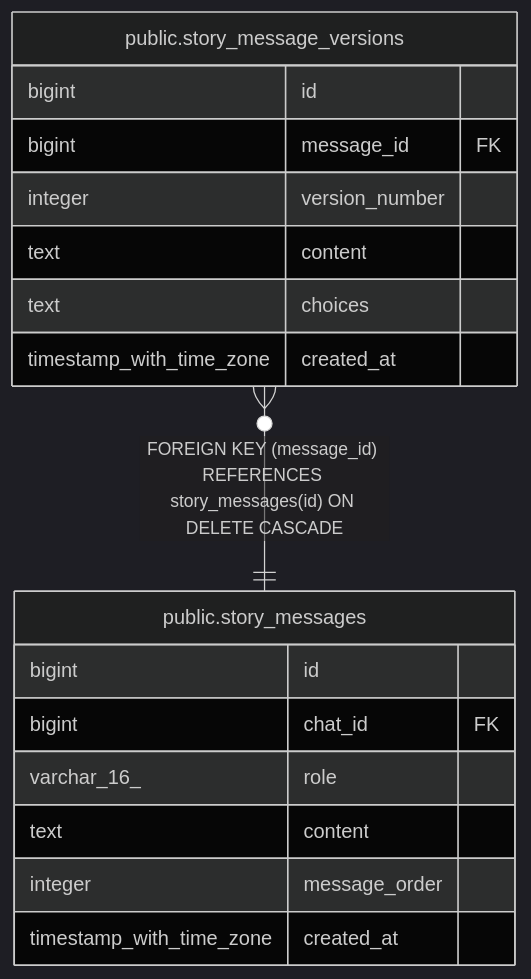
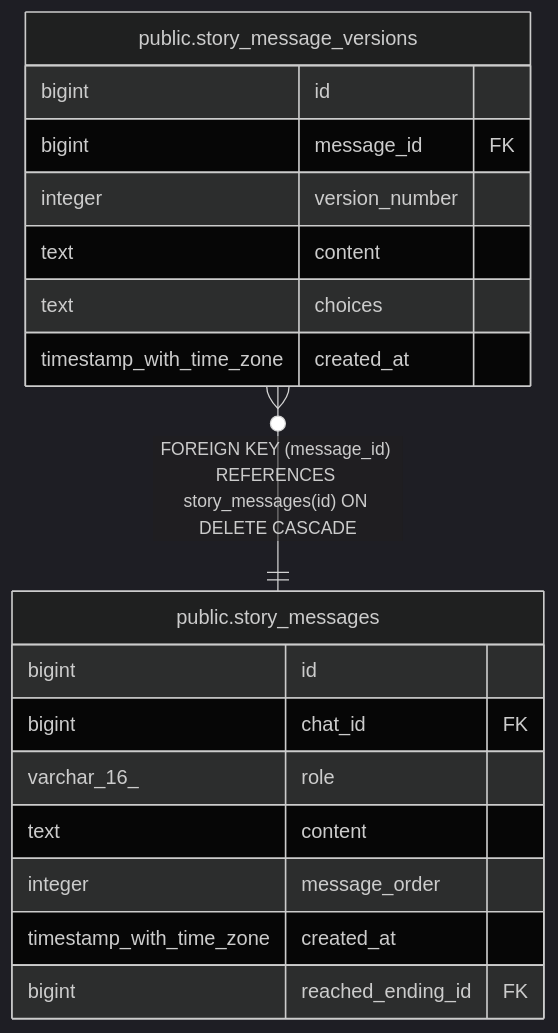
Before and after one commit to KIM-N-KANG/manyak-server: the diagram in dbdoc/public.story_message_versions.md, drawn with Mermaid (dark theme). The commit also changed 46 other files, not shown here.

````diff
--- a/dbdoc/public.story_message_versions.md
+++ b/dbdoc/public.story_message_versions.md
@@ -32,22 +32,23 @@
 ```mermaid
 erDiagram
 
 "public.story_message_versions" }o--|| "public.story_messages" : "FOREIGN KEY (message_id) REFERENCES story_messages(id) ON DELETE CASCADE"
 
 "public.story_message_versions" {
   bigint id
   bigint message_id FK
   integer version_number
   text content
   text choices
   timestamp_with_time_zone created_at
 }
 "public.story_messages" {
   bigint id
   bigint chat_id FK
   varchar_16_ role
   text content
   integer message_order
   timestamp_with_time_zone created_at
+  bigint reached_ending_id FK
 }
 ```
````
